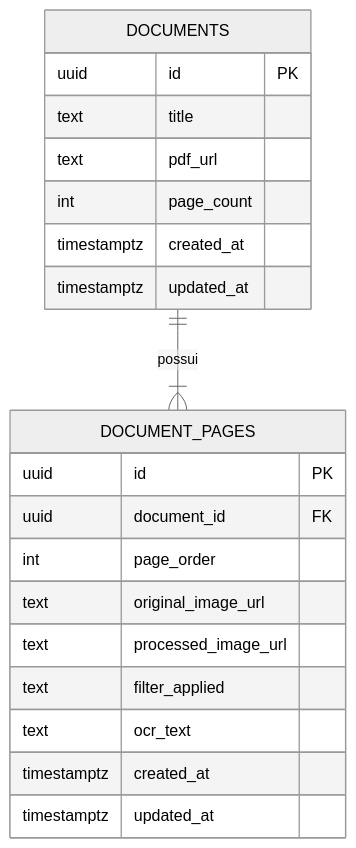
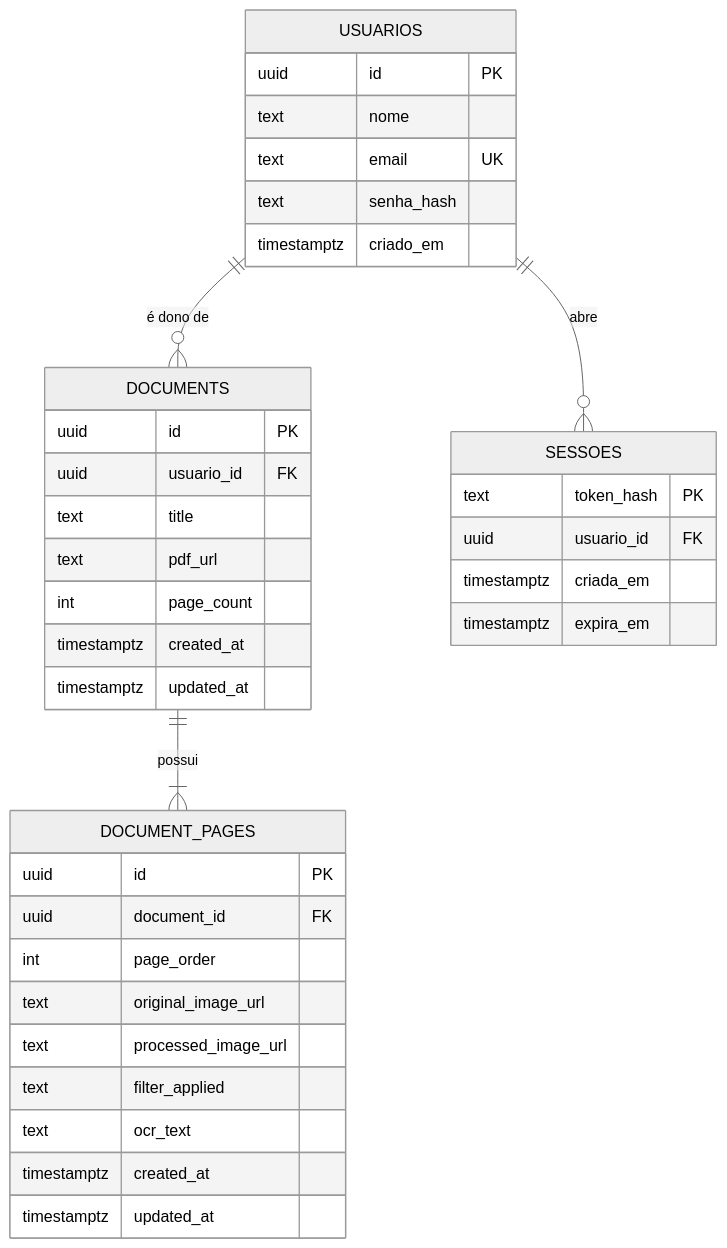
One commit to Gustavogconte/miniscan-desafio changed the third of 3 diagrams in docs/documentacao_miniscan.md. Above: the diagram before and after it, drawn with Mermaid (neutral theme). The commit also changed other lines of this file and 2 other files, not shown here.

Commit message:
docs: documenta o login e o histórico por conta
Requisito RF08 e caso de uso UC08, a seção do banco com as contas, as
sessões e o fim da leitura pública, o diagrama ER, os READMEs e o arquivo
de contexto da raiz.

````diff
--- a/docs/documentacao_miniscan.md
+++ b/docs/documentacao_miniscan.md
@@ -198,23 +204,39 @@
 ```mermaid
 erDiagram
+    USUARIOS ||--o{ DOCUMENTS : "é dono de"
+    USUARIOS ||--o{ SESSOES : "abre"
     DOCUMENTS ||--|{ DOCUMENT_PAGES : "possui"
+    USUARIOS {
+        uuid id PK
+        text nome
+        text email UK
+        text senha_hash
+        timestamptz criado_em
+    }
+    SESSOES {
+        text token_hash PK
+        uuid usuario_id FK
+        timestamptz criada_em
+        timestamptz expira_em
+    }
     DOCUMENTS {
         uuid id PK
+        uuid usuario_id FK
         text title
         text pdf_url
         int page_count
         timestamptz created_at
         timestamptz updated_at
     }
     DOCUMENT_PAGES {
         uuid id PK
         uuid document_id FK
         int page_order
         text original_image_url
         text processed_image_url
         text filter_applied
         text ocr_text
         timestamptz created_at
         timestamptz updated_at
     }
 ```
````
